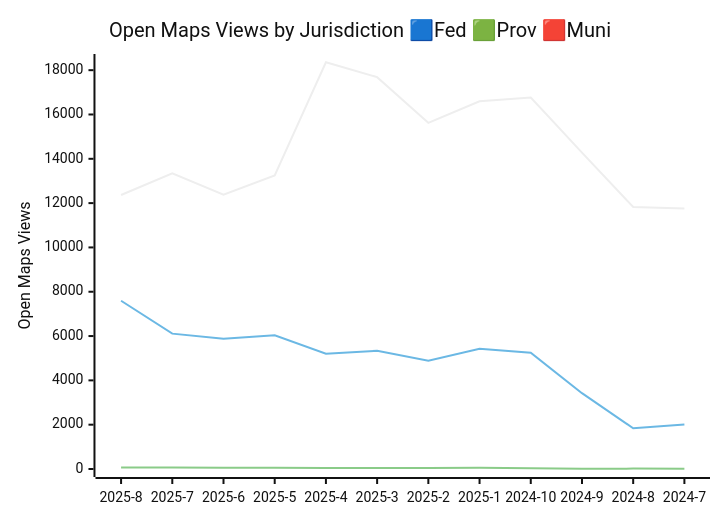
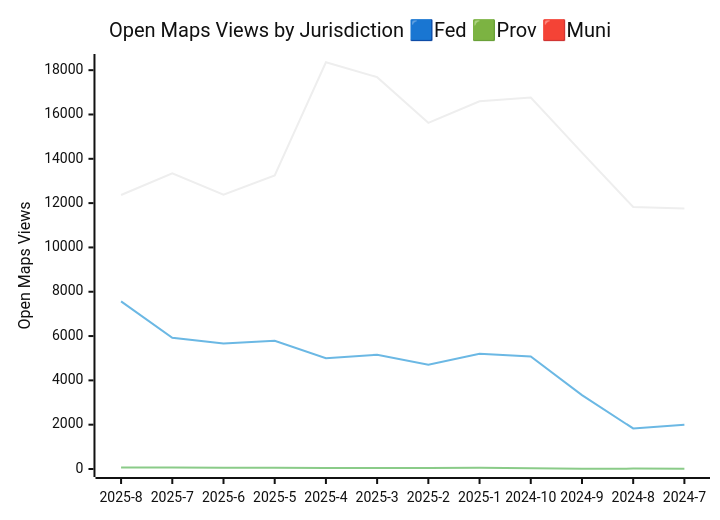
Before and after one commit to PatLittle/analytics-corporate-reporting: the third of 3 diagrams in JURISDICTION_ANALYTICS_REPORT/readme.md, drawn with Mermaid (neutral theme). The commit also changed other lines of this file and 3 other files, not shown here.

````diff
--- a/JURISDICTION_ANALYTICS_REPORT/readme.md
+++ b/JURISDICTION_ANALYTICS_REPORT/readme.md
@@ -30,10 +30,10 @@
 ```mermaid
 
 xychart-beta
     title "Open Maps Views by Jurisdiction 🟦Fed 🟩Prov 🟥Muni"
     x-axis [2025-8, 2025-7, 2025-6, 2025-5, 2025-4, 2025-3, 2025-2, 2025-1, 2024-10, 2024-9, 2024-8, 2024-7]
     y-axis "Open Maps Views" 0 --> 18369
     line [12366, 13343, 12379, 13250, 18359, 17686, 15623, 16596, 16769, 14281, 11826, 11760]
-    line [7594, 6110, 5883, 6039, 5207, 5336, 4888, 5426, 5243, 3422, 1839, 2009]
+    line [7564, 5922, 5666, 5784, 5002, 5158, 4709, 5204, 5077, 3336, 1830, 1999]
     line [72, 71, 51, 52, 42, 47, 45, 52, 36, 14, 17, 15]
 ```
````
